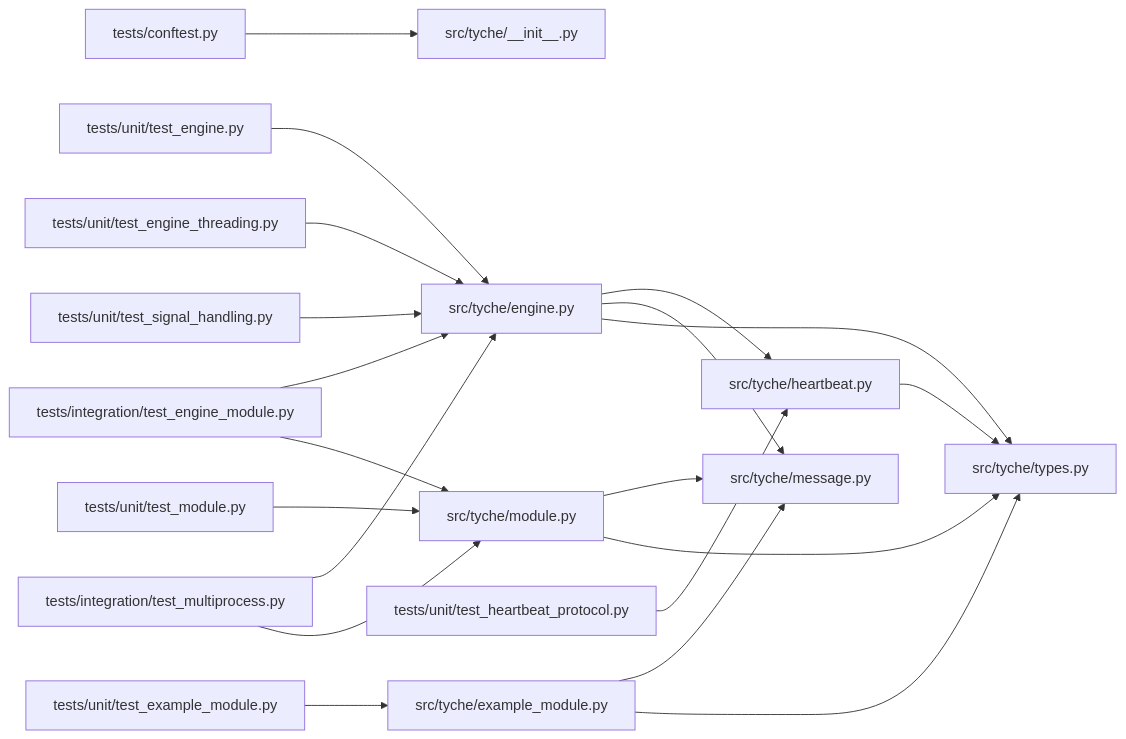
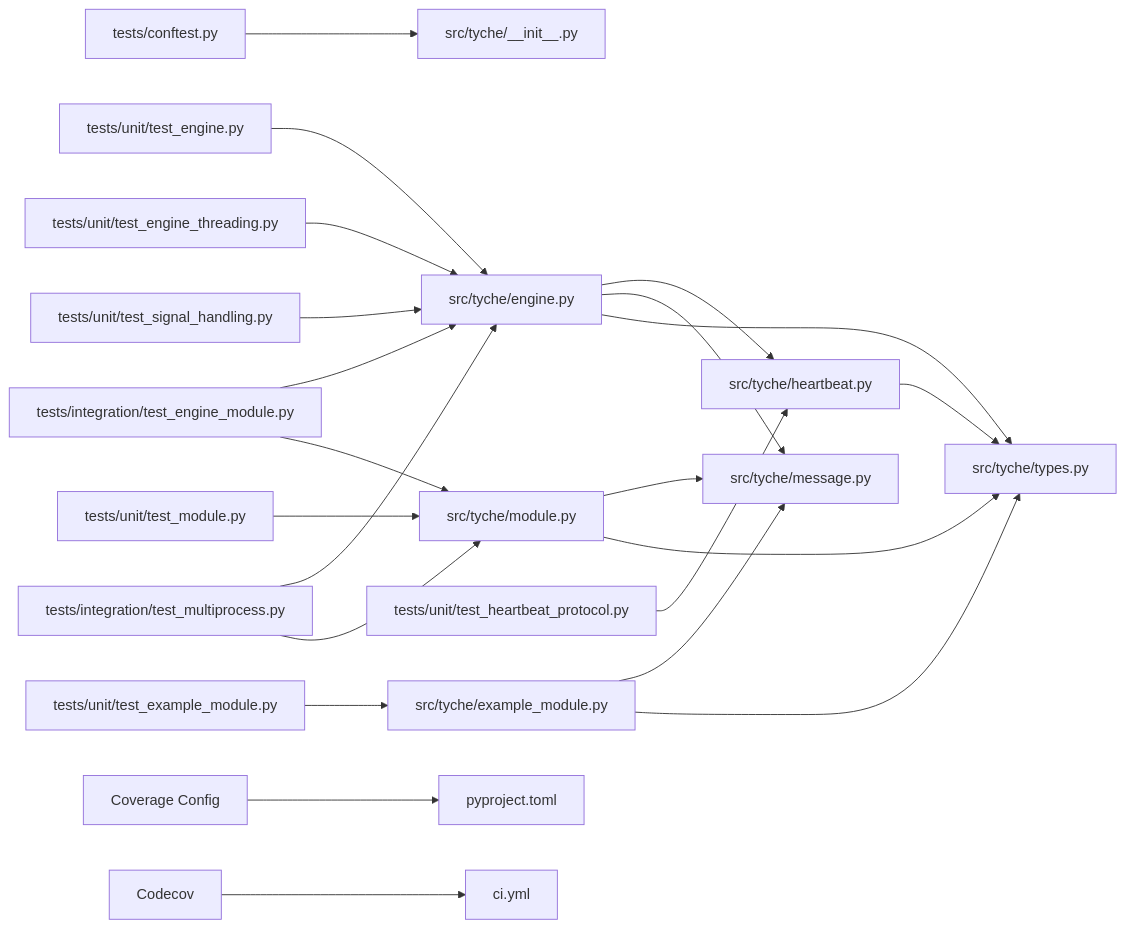
Before and after one commit to zt281/TycheEngine: the third of 4 diagrams in .qoder/repowiki/en/content/Testing and Development.md, drawn with Mermaid. The commit also changed other lines of this file and 63 other files, not shown here.

````diff
--- a/.qoder/repowiki/en/content/Testing and Development.md
+++ b/.qoder/repowiki/en/content/Testing and Development.md
@@ -410,22 +514,24 @@
 ```mermaid
 graph LR
 T["tests/conftest.py"] --> I["src/tyche/__init__.py"]
 U1["tests/unit/test_engine.py"] --> E["src/tyche/engine.py"]
 U2["tests/unit/test_module.py"] --> M["src/tyche/module.py"]
 U3["tests/unit/test_engine_threading.py"] --> E
 U4["tests/unit/test_signal_handling.py"] --> E
 U5["tests/unit/test_heartbeat_protocol.py"] --> HB["src/tyche/heartbeat.py"]
 I1["tests/integration/test_engine_module.py"] --> E
 I1 --> M
 I2["tests/integration/test_multiprocess.py"] --> E
 I2 --> M
 E --> HB
 E --> MSG["src/tyche/message.py"]
 E --> TP["src/tyche/types.py"]
 M --> MSG
 M --> TP
 EM["tests/unit/test_example_module.py"] --> EMOD["src/tyche/example_module.py"]
 EMOD --> MSG
 EMOD --> TP
 HB --> TP
+C["Coverage Config"] --> P["pyproject.toml"]
+CE["Codecov"] --> W["ci.yml"]
 ```
````
